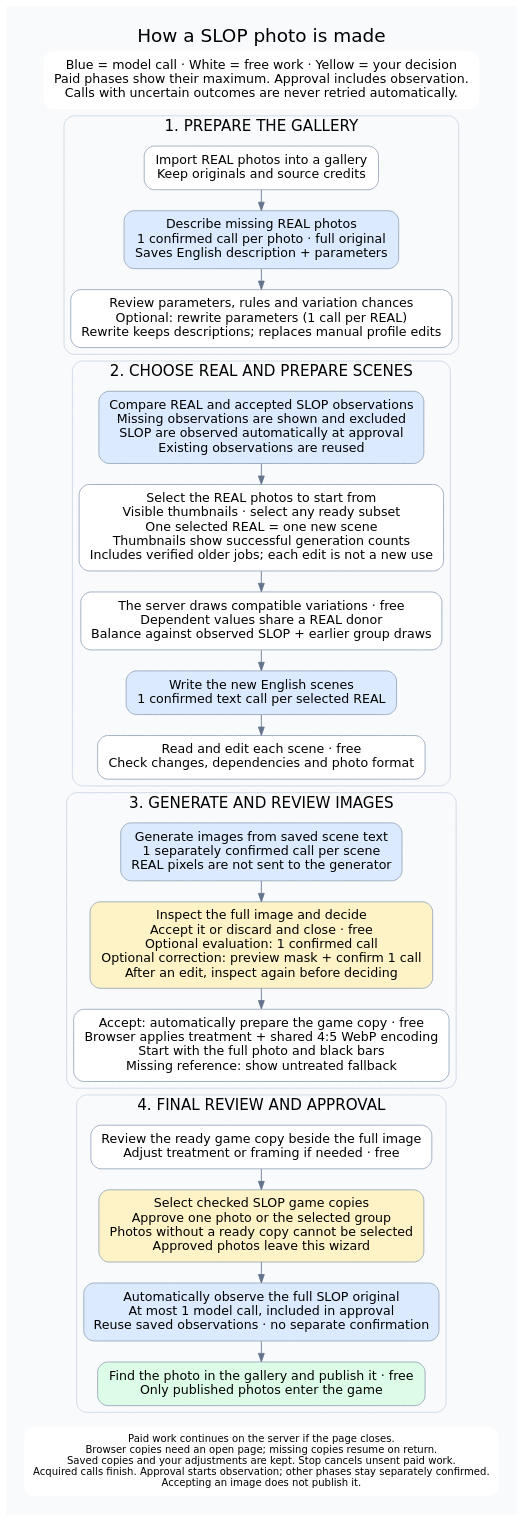
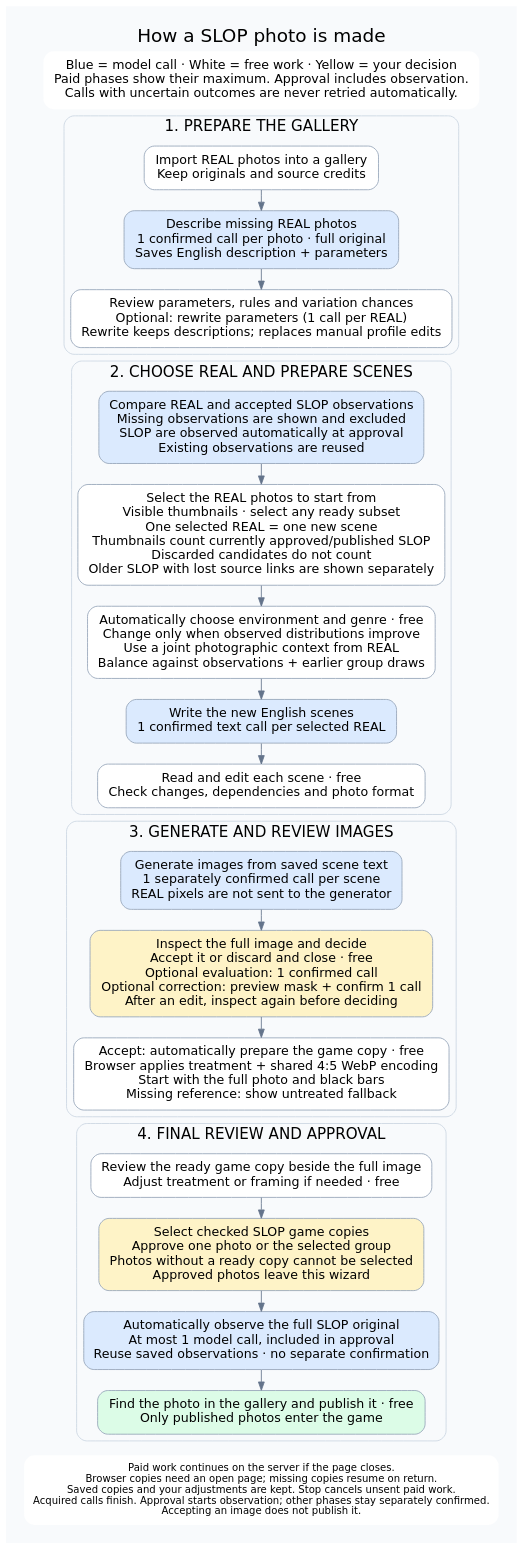
Before and after one commit to rickymusu-bit/real-or-slop: the diagram in docs/assets/pipeline-slop.dot, drawn with Graphviz. The commit also changed 25 other files, not shown here.

Commit message:
Count approved SLOP per REAL and balance context automatically

```diff
--- a/docs/assets/pipeline-slop.dot
+++ b/docs/assets/pipeline-slop.dot
@@ -1,40 +1,40 @@
 digraph pipeline {
  graph [rankdir=TB,bgcolor="#f8fafc",pad="0.3",nodesep="0.3",ranksep="0.35",fontname="DejaVu Sans",fontsize=22,label="How a SLOP photo is made",labelloc=t,compound=true];
  node [shape=box,style="rounded,filled",fillcolor=white,color="#94a3b8",fontname="DejaVu Sans",fontsize=15,margin="0.18,0.12"];
  edge [color="#64748b",fontname="DejaVu Sans",fontsize=12];
  legend [shape=plaintext,label="Blue = model call · White = free work · Yellow = your decision\nPaid phases show their maximum. Approval includes observation.\nCalls with uncertain outcomes are never retried automatically."];
  subgraph cluster_prepare {
   label="1. PREPARE THE GALLERY"; color="#cbd5e1"; style=rounded; fontsize=18;
   real [label="Import REAL photos into a gallery\nKeep originals and source credits"];
   describe [label="Describe missing REAL photos\n1 confirmed call per photo · full original\nSaves English description + parameters",fillcolor="#dbeafe"];
   settings [label="Review parameters, rules and variation chances\nOptional: rewrite parameters (1 call per REAL)\nRewrite keeps descriptions; replaces manual profile edits"];
   real -> describe -> settings;
  }
  subgraph cluster_choose {
   label="2. CHOOSE REAL AND PREPARE SCENES";color="#cbd5e1";style=rounded;fontsize=18;
-  choose [label="Select the REAL photos to start from\nVisible thumbnails · select any ready subset\nOne selected REAL = one new scene\nThumbnails show successful generation counts\nIncludes verified older jobs; each edit is not a new use"];
+  choose [label="Select the REAL photos to start from\nVisible thumbnails · select any ready subset\nOne selected REAL = one new scene\nThumbnails count currently approved/published SLOP\nDiscarded candidates do not count\nOlder SLOP with lost source links are shown separately"];
   coverage [label="Compare REAL and accepted SLOP observations\nMissing observations are shown and excluded\nSLOP are observed automatically at approval\nExisting observations are reused",fillcolor="#dbeafe"];
-  draw [label="The server draws compatible variations · free\nDependent values share a REAL donor\nBalance against observed SLOP + earlier group draws"];
+  draw [label="Automatically choose environment and genre · free\nChange only when observed distributions improve\nUse a joint photographic context from REAL\nBalance against observations + earlier group draws"];
   scene [label="Write the new English scenes\n1 confirmed text call per selected REAL",fillcolor="#dbeafe"];
   review [label="Read and edit each scene · free\nCheck changes, dependencies and photo format"];
   coverage -> choose -> draw -> scene -> review;
  }
  subgraph cluster_images {
   label="3. GENERATE AND REVIEW IMAGES";color="#cbd5e1";style=rounded;fontsize=18;
   generate [label="Generate images from saved scene text\n1 separately confirmed call per scene\nREAL pixels are not sent to the generator",fillcolor="#dbeafe"];
   inspect [label="Inspect the full image and decide\nAccept it or discard and close · free\nOptional evaluation: 1 confirmed call\nOptional correction: preview mask + confirm 1 call\nAfter an edit, inspect again before deciding",fillcolor="#fef3c7"];
   copy [label="Accept: automatically prepare the game copy · free\nBrowser applies treatment + shared 4:5 WebP encoding\nStart with the full photo and black bars\nMissing reference: show untreated fallback"] ;
   generate -> inspect -> copy;
 
  }
  subgraph cluster_finish {
   label="4. FINAL REVIEW AND APPROVAL";color="#cbd5e1";style=rounded;fontsize=18;
   final_review [label="Review the ready game copy beside the full image\nAdjust treatment or framing if needed · free"];
   approve [label="Select checked SLOP game copies\nApprove one photo or the selected group\nPhotos without a ready copy cannot be selected\nApproved photos leave this wizard",fillcolor="#fef3c7"];
   observe [label="Automatically observe the full SLOP original\nAt most 1 model call, included in approval\nReuse saved observations · no separate confirmation",fillcolor="#dbeafe"];
   publish [label="Find the photo in the gallery and publish it · free\nOnly published photos enter the game",fillcolor="#dcfce7"];
   final_review -> approve -> observe -> publish;
  }
  notes [shape=plaintext,fontsize=12,label="Paid work continues on the server if the page closes.\nBrowser copies need an open page; missing copies resume on return.\nSaved copies and your adjustments are kept. Stop cancels unsent paid work.\nAcquired calls finish. Approval starts observation; other phases stay separately confirmed.\nAccepting an image does not publish it."];
  legend -> real [style=invis];settings -> coverage [style=invis];review -> generate [style=invis];copy -> final_review [style=invis];publish -> notes [style=invis];
 }
```
